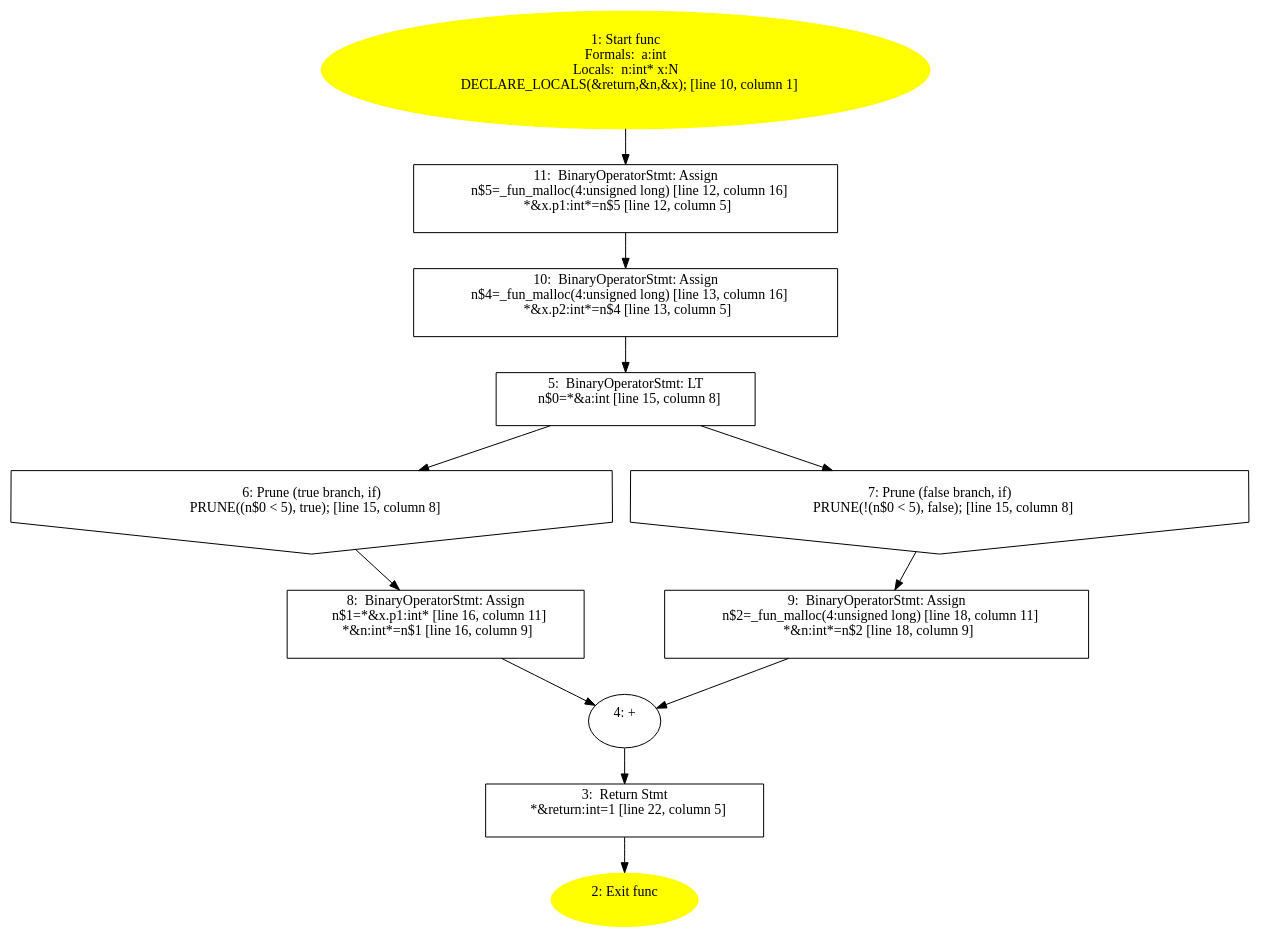
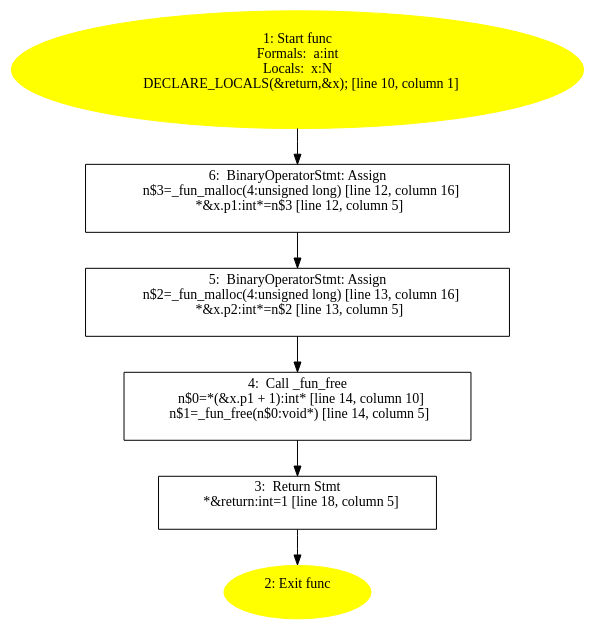
Before and after one commit to QIANZECHANG/MyResearch: the diagram in synthesis_program/test3/infer-out/captured/infer.c.a09d2ebaccee92b3d3a91f3dbe3284ad/icfg.dot, drawn with Graphviz. The commit also changed 88 other files, not shown here.

```diff
--- a/synthesis_program/test3/infer-out/captured/infer.c.a09d2ebaccee92b3d3a91f3dbe3284ad/icfg.dot
+++ b/synthesis_program/test3/infer-out/captured/infer.c.a09d2ebaccee92b3d3a91f3dbe3284ad/icfg.dot
@@ -1,47 +1,26 @@
 /* @generated */
 digraph cfg {
-"func.7df4935f4a5a2865191ef74f64df8754_1" [label="1: Start func\nFormals:  a:int\nLocals:  n:int* x:N \n   DECLARE_LOCALS(&return,&n,&x); [line 10, column 1]\n " color=yellow style=filled]
+"func.7df4935f4a5a2865191ef74f64df8754_1" [label="1: Start func\nFormals:  a:int\nLocals:  x:N \n   DECLARE_LOCALS(&return,&x); [line 10, column 1]\n " color=yellow style=filled]
 	
 
-	 "func.7df4935f4a5a2865191ef74f64df8754_1" -> "func.7df4935f4a5a2865191ef74f64df8754_11" ;
+	 "func.7df4935f4a5a2865191ef74f64df8754_1" -> "func.7df4935f4a5a2865191ef74f64df8754_6" ;
 "func.7df4935f4a5a2865191ef74f64df8754_2" [label="2: Exit func \n  " color=yellow style=filled]
 	
 
-"func.7df4935f4a5a2865191ef74f64df8754_3" [label="3:  Return Stmt \n   *&return:int=1 [line 22, column 5]\n " shape="box"]
+"func.7df4935f4a5a2865191ef74f64df8754_3" [label="3:  Return Stmt \n   *&return:int=1 [line 18, column 5]\n " shape="box"]
 	
 
 	 "func.7df4935f4a5a2865191ef74f64df8754_3" -> "func.7df4935f4a5a2865191ef74f64df8754_2" ;
-"func.7df4935f4a5a2865191ef74f64df8754_4" [label="4: + \n  " ]
+"func.7df4935f4a5a2865191ef74f64df8754_4" [label="4:  Call _fun_free \n   n$0=*(&x.p1 + 1):int* [line 14, column 10]\n  n$1=_fun_free(n$0:void*) [line 14, column 5]\n " shape="box"]
 	
 
 	 "func.7df4935f4a5a2865191ef74f64df8754_4" -> "func.7df4935f4a5a2865191ef74f64df8754_3" ;
-"func.7df4935f4a5a2865191ef74f64df8754_5" [label="5:  BinaryOperatorStmt: LT \n   n$0=*&a:int [line 15, column 8]\n " shape="box"]
+"func.7df4935f4a5a2865191ef74f64df8754_5" [label="5:  BinaryOperatorStmt: Assign \n   n$2=_fun_malloc(4:unsigned long) [line 13, column 16]\n  *&x.p2:int*=n$2 [line 13, column 5]\n " shape="box"]
 	
 
-	 "func.7df4935f4a5a2865191ef74f64df8754_5" -> "func.7df4935f4a5a2865191ef74f64df8754_6" ;
-	 "func.7df4935f4a5a2865191ef74f64df8754_5" -> "func.7df4935f4a5a2865191ef74f64df8754_7" ;
-"func.7df4935f4a5a2865191ef74f64df8754_6" [label="6: Prune (true branch, if) \n   PRUNE((n$0 < 5), true); [line 15, column 8]\n " shape="invhouse"]
+	 "func.7df4935f4a5a2865191ef74f64df8754_5" -> "func.7df4935f4a5a2865191ef74f64df8754_4" ;
+"func.7df4935f4a5a2865191ef74f64df8754_6" [label="6:  BinaryOperatorStmt: Assign \n   n$3=_fun_malloc(4:unsigned long) [line 12, column 16]\n  *&x.p1:int*=n$3 [line 12, column 5]\n " shape="box"]
 	
 
-	 "func.7df4935f4a5a2865191ef74f64df8754_6" -> "func.7df4935f4a5a2865191ef74f64df8754_8" ;
-"func.7df4935f4a5a2865191ef74f64df8754_7" [label="7: Prune (false branch, if) \n   PRUNE(!(n$0 < 5), false); [line 15, column 8]\n " shape="invhouse"]
-	
-
-	 "func.7df4935f4a5a2865191ef74f64df8754_7" -> "func.7df4935f4a5a2865191ef74f64df8754_9" ;
-"func.7df4935f4a5a2865191ef74f64df8754_8" [label="8:  BinaryOperatorStmt: Assign \n   n$1=*&x.p1:int* [line 16, column 11]\n  *&n:int*=n$1 [line 16, column 9]\n " shape="box"]
-	
-
-	 "func.7df4935f4a5a2865191ef74f64df8754_8" -> "func.7df4935f4a5a2865191ef74f64df8754_4" ;
-"func.7df4935f4a5a2865191ef74f64df8754_9" [label="9:  BinaryOperatorStmt: Assign \n   n$2=_fun_malloc(4:unsigned long) [line 18, column 11]\n  *&n:int*=n$2 [line 18, column 9]\n " shape="box"]
-	
-
-	 "func.7df4935f4a5a2865191ef74f64df8754_9" -> "func.7df4935f4a5a2865191ef74f64df8754_4" ;
-"func.7df4935f4a5a2865191ef74f64df8754_10" [label="10:  BinaryOperatorStmt: Assign \n   n$4=_fun_malloc(4:unsigned long) [line 13, column 16]\n  *&x.p2:int*=n$4 [line 13, column 5]\n " shape="box"]
-	
-
-	 "func.7df4935f4a5a2865191ef74f64df8754_10" -> "func.7df4935f4a5a2865191ef74f64df8754_5" ;
-"func.7df4935f4a5a2865191ef74f64df8754_11" [label="11:  BinaryOperatorStmt: Assign \n   n$5=_fun_malloc(4:unsigned long) [line 12, column 16]\n  *&x.p1:int*=n$5 [line 12, column 5]\n " shape="box"]
-	
-
-	 "func.7df4935f4a5a2865191ef74f64df8754_11" -> "func.7df4935f4a5a2865191ef74f64df8754_10" ;
+	 "func.7df4935f4a5a2865191ef74f64df8754_6" -> "func.7df4935f4a5a2865191ef74f64df8754_5" ;
 }
```
